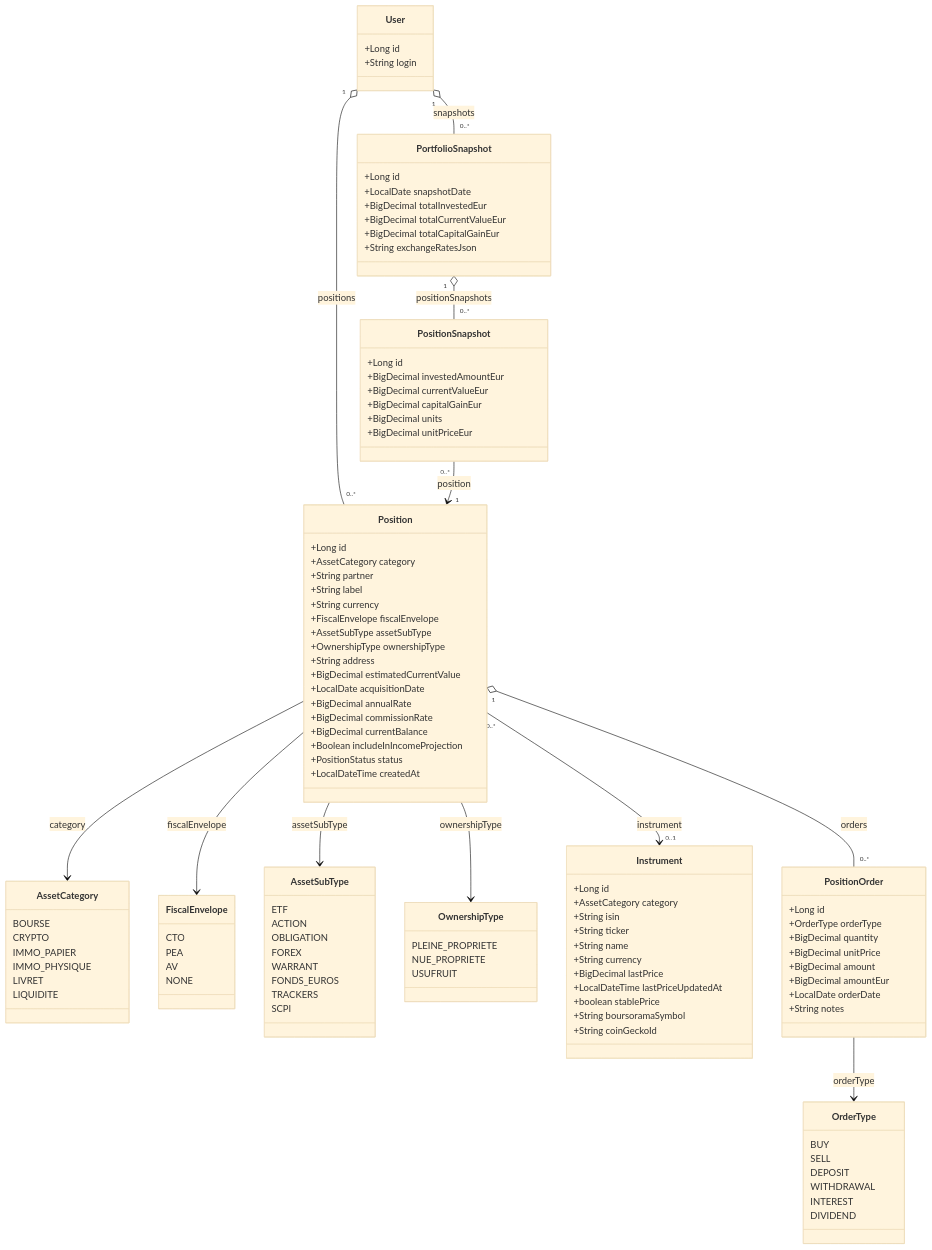
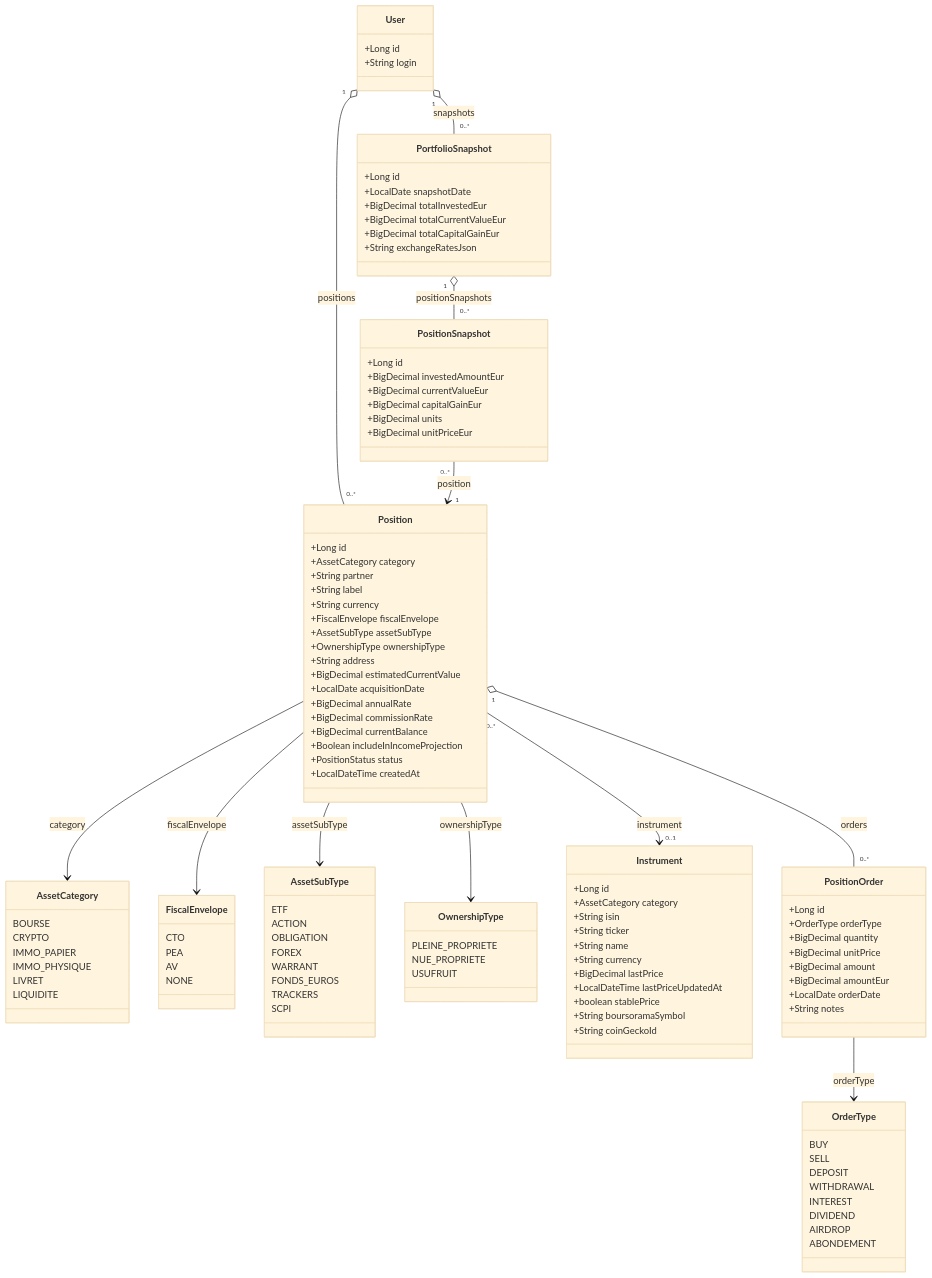
Before and after one commit to Neogost/MyFinance: the diagram in docs/architecture/patrimoine.md, drawn with Mermaid (base theme). The commit also changed other lines of this file and 2 other files, not shown here.

First line of the commit message:
docs: update patrimoine docs and readme for instrument deletion and ABONDEMENT

```diff
--- a/docs/architecture/patrimoine.md
+++ b/docs/architecture/patrimoine.md
@@ -368,6 +388,8 @@
         WITHDRAWAL
         INTEREST
         DIVIDEND
+        AIRDROP
+        ABONDEMENT
     }
 
     class OwnershipType {
```
